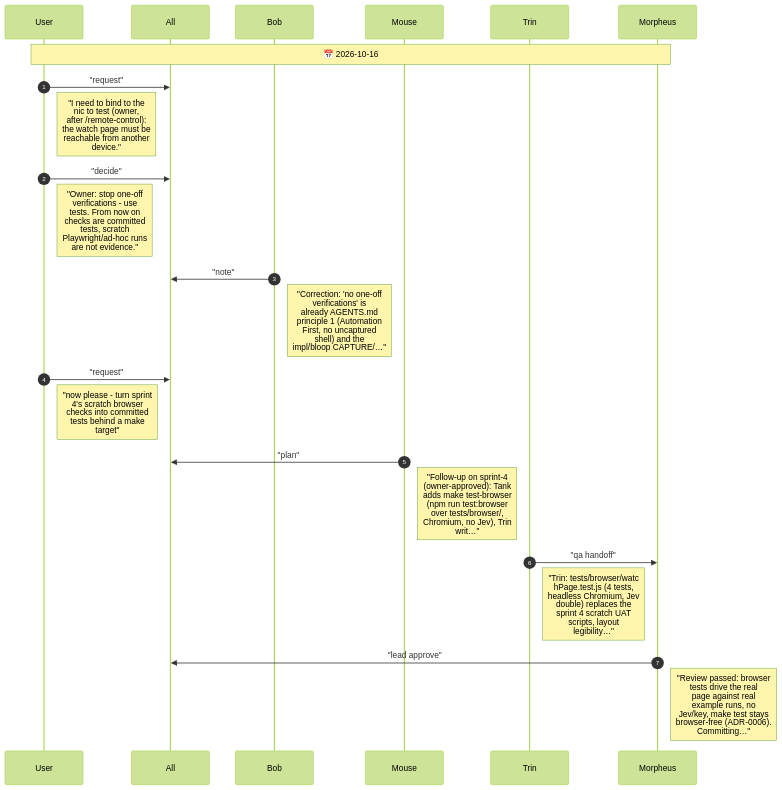
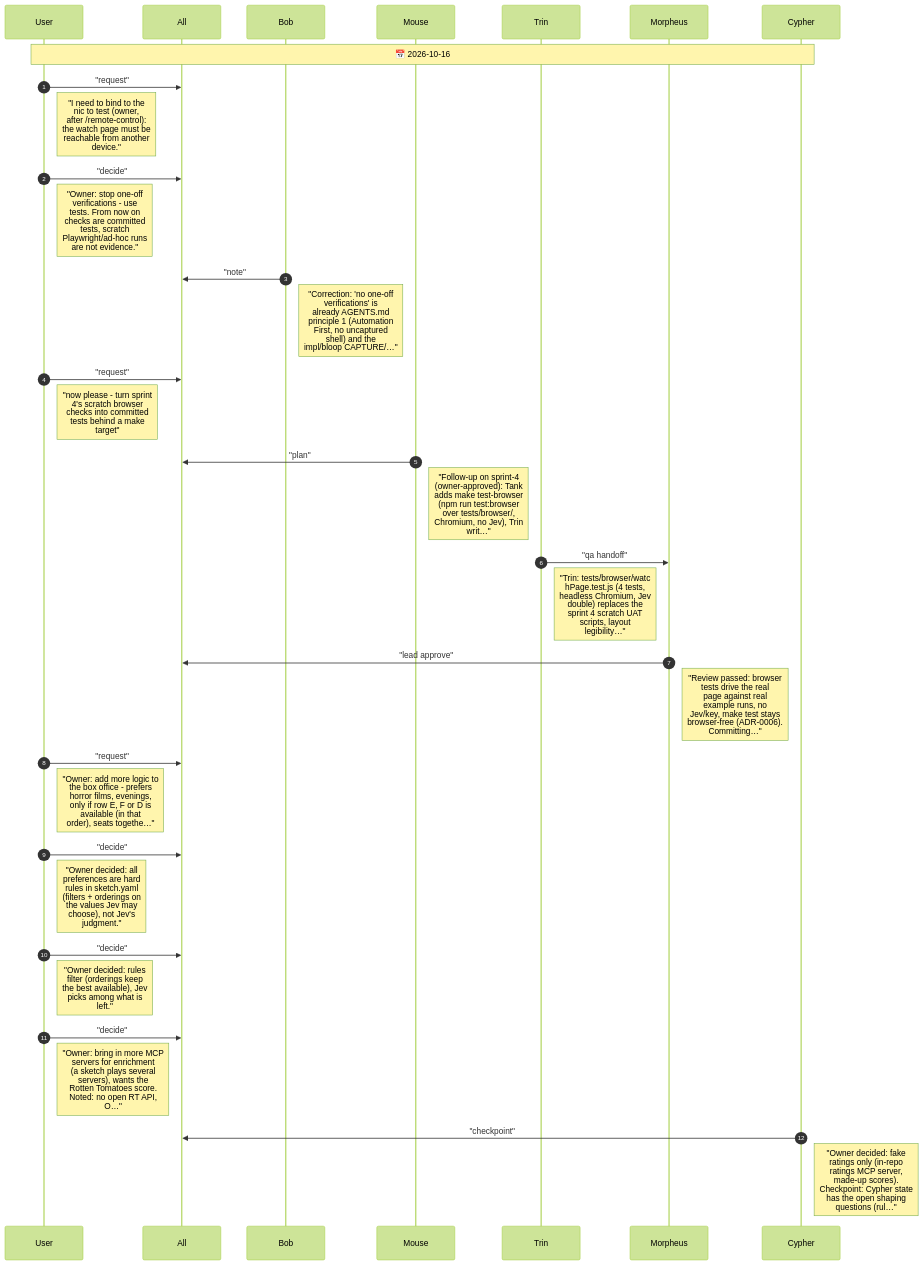
Before and after one commit to drusifer/understudy: the diagram in agents/CHAT.diagram.md, drawn with Mermaid (forest theme). The commit also changed 3 other files, not shown here.

````diff
--- a/agents/CHAT.diagram.md
+++ b/agents/CHAT.diagram.md
@@ -5,26 +5,37 @@
 ```mermaid
 %%{init: {"sequence": {"messageFontSize": 14, "noteFontSize": 18, "actorFontSize": 14}}}%%
 sequenceDiagram
     autonumber
     participant User
     participant All
     participant Bob
     participant Mouse
     participant Trin
     participant Morpheus
-    Note over User,Morpheus: 📅 2026-10-16
+    participant Cypher
+    Note over User,Cypher: 📅 2026-10-16
     User->>All: "request"
     Note right of User: "I need to bind to the<br/>nic to test (owner,<br/>after /remote-control):<br/>the watch page must be<br/>reachable from another<br/>device."
     User->>All: "decide"
     Note right of User: "Owner: stop one-off<br/>verifications - use<br/>tests. From now on<br/>checks are committed<br/>tests, scratch<br/>Playwright/ad-hoc runs<br/>are not evidence."
     Bob->>All: "note"
     Note right of Bob: "Correction: 'no one-off<br/>verifications' is<br/>already AGENTS.md<br/>principle 1 (Automation<br/>First, no uncaptured<br/>shell) and the<br/>impl/bloop CAPTURE/…"
     User->>All: "request"
     Note right of User: "now please - turn sprint<br/>4's scratch browser<br/>checks into committed<br/>tests behind a make<br/>target"
     Mouse->>All: "plan"
     Note right of Mouse: "Follow-up on sprint-4<br/>(owner-approved): Tank<br/>adds make test-browser<br/>(npm run test:browser<br/>over tests/browser/,<br/>Chromium, no Jev), Trin<br/>writ…"
     Trin->>Morpheus: "qa handoff"
     Note right of Trin: "Trin: tests/browser/watc<br/>hPage.test.js (4 tests,<br/>headless Chromium, Jev<br/>double) replaces the<br/>sprint 4 scratch UAT<br/>scripts, layout<br/>legibility…"
     Morpheus->>All: "lead approve"
     Note right of Morpheus: "Review passed: browser<br/>tests drive the real<br/>page against real<br/>example runs, no<br/>Jev/key, make test stays<br/>browser-free (ADR-0006).<br/>Committing…"
+    User->>All: "request"
+    Note right of User: "Owner: add more logic to<br/>the box office - prefers<br/>horror films, evenings,<br/>only if row E, F or D is<br/>available (in that<br/>order), seats togethe…"
+    User->>All: "decide"
+    Note right of User: "Owner decided: all<br/>preferences are hard<br/>rules in sketch.yaml<br/>(filters + orderings on<br/>the values Jev may<br/>choose), not Jev's<br/>judgment."
+    User->>All: "decide"
+    Note right of User: "Owner decided: rules<br/>filter (orderings keep<br/>the best available), Jev<br/>picks among what is<br/>left."
+    User->>All: "decide"
+    Note right of User: "Owner: bring in more MCP<br/>servers for enrichment<br/>(a sketch plays several<br/>servers), wants the<br/>Rotten Tomatoes score.<br/>Noted: no open RT API,<br/>O…"
+    Cypher->>All: "checkpoint"
+    Note right of Cypher: "Owner decided: fake<br/>ratings only (in-repo<br/>ratings MCP server,<br/>made-up scores).<br/>Checkpoint: Cypher state<br/>has the open shaping<br/>questions (rul…"
 ```
````
